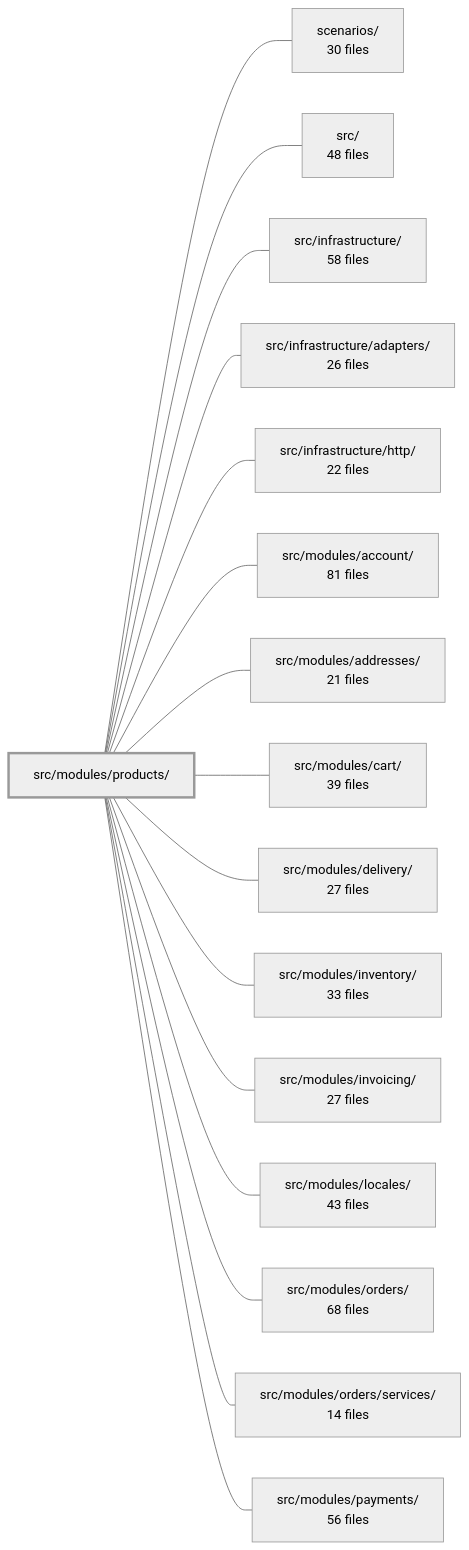
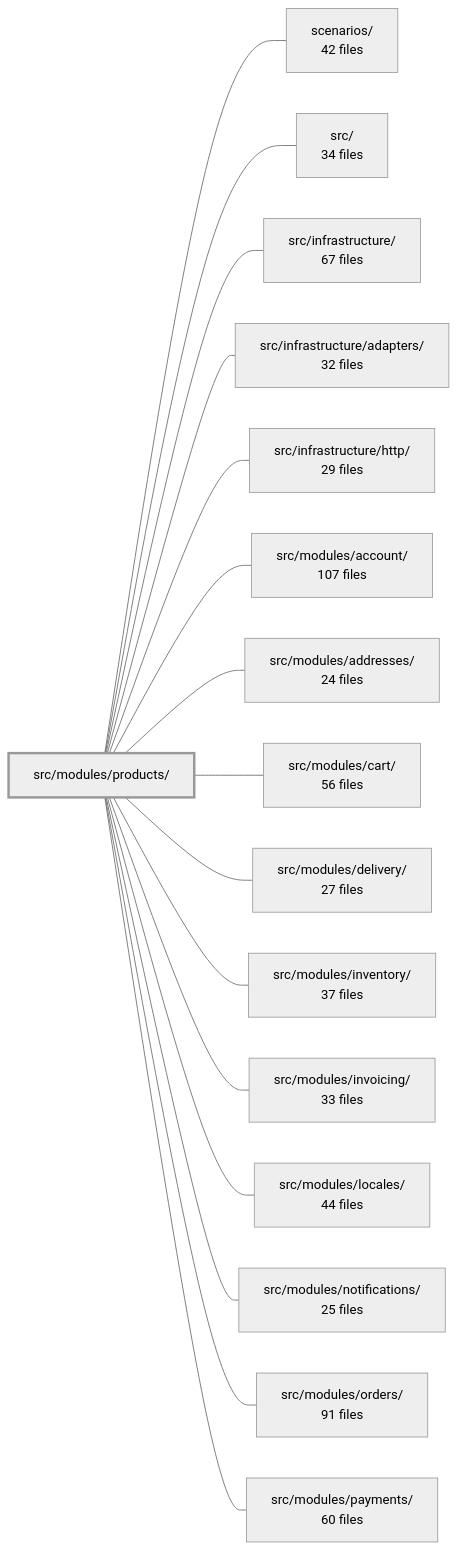
One commit to Guebbit/boilerplate-node-backend changed the diagram in .2brain/modules/boilerplate-node-backend_src_modules_products.md. Above: the diagram before and after it, drawn with Mermaid (neutral theme). The commit also changed other lines of this file and 106 other files, not shown here.

````diff
--- a/.2brain/modules/boilerplate-node-backend_src_modules_products.md
+++ b/.2brain/modules/boilerplate-node-backend_src_modules_products.md
@@ -44,35 +49,35 @@
 ```mermaid
 flowchart LR
     m_src_modules_products["src/modules/products/"]
-    m_scenarios["scenarios/<br/>30 files"]
-    m_src["src/<br/>48 files"]
-    m_src_infrastructure["src/infrastructure/<br/>58 files"]
-    m_src_infrastructure_adapters["src/infrastructure/adapters/<br/>26 files"]
-    m_src_infrastructure_http["src/infrastructure/http/<br/>22 files"]
-    m_src_modules_account["src/modules/account/<br/>81 files"]
-    m_src_modules_addresses["src/modules/addresses/<br/>21 files"]
-    m_src_modules_cart["src/modules/cart/<br/>39 files"]
+    m_scenarios["scenarios/<br/>42 files"]
+    m_src["src/<br/>34 files"]
+    m_src_infrastructure["src/infrastructure/<br/>67 files"]
+    m_src_infrastructure_adapters["src/infrastructure/adapters/<br/>32 files"]
+    m_src_infrastructure_http["src/infrastructure/http/<br/>29 files"]
+    m_src_modules_account["src/modules/account/<br/>107 files"]
+    m_src_modules_addresses["src/modules/addresses/<br/>24 files"]
+    m_src_modules_cart["src/modules/cart/<br/>56 files"]
     m_src_modules_delivery["src/modules/delivery/<br/>27 files"]
-    m_src_modules_inventory["src/modules/inventory/<br/>33 files"]
-    m_src_modules_invoicing["src/modules/invoicing/<br/>27 files"]
-    m_src_modules_locales["src/modules/locales/<br/>43 files"]
-    m_src_modules_orders["src/modules/orders/<br/>68 files"]
-    m_src_modules_orders_services["src/modules/orders/services/<br/>14 files"]
-    m_src_modules_payments["src/modules/payments/<br/>56 files"]
+    m_src_modules_inventory["src/modules/inventory/<br/>37 files"]
+    m_src_modules_invoicing["src/modules/invoicing/<br/>33 files"]
+    m_src_modules_locales["src/modules/locales/<br/>44 files"]
+    m_src_modules_notifications["src/modules/notifications/<br/>25 files"]
+    m_src_modules_orders["src/modules/orders/<br/>91 files"]
+    m_src_modules_payments["src/modules/payments/<br/>60 files"]
     m_src_modules_products --- m_scenarios
     m_src_modules_products --- m_src
     m_src_modules_products --- m_src_infrastructure
     m_src_modules_products --- m_src_infrastructure_adapters
     m_src_modules_products --- m_src_infrastructure_http
     m_src_modules_products --- m_src_modules_account
     m_src_modules_products --- m_src_modules_addresses
     m_src_modules_products --- m_src_modules_cart
     m_src_modules_products --- m_src_modules_delivery
     m_src_modules_products --- m_src_modules_inventory
     m_src_modules_products --- m_src_modules_invoicing
     m_src_modules_products --- m_src_modules_locales
+    m_src_modules_products --- m_src_modules_notifications
     m_src_modules_products --- m_src_modules_orders
-    m_src_modules_products --- m_src_modules_orders_services
     m_src_modules_products --- m_src_modules_payments
     style m_src_modules_products stroke-width:3px
 ```
````
